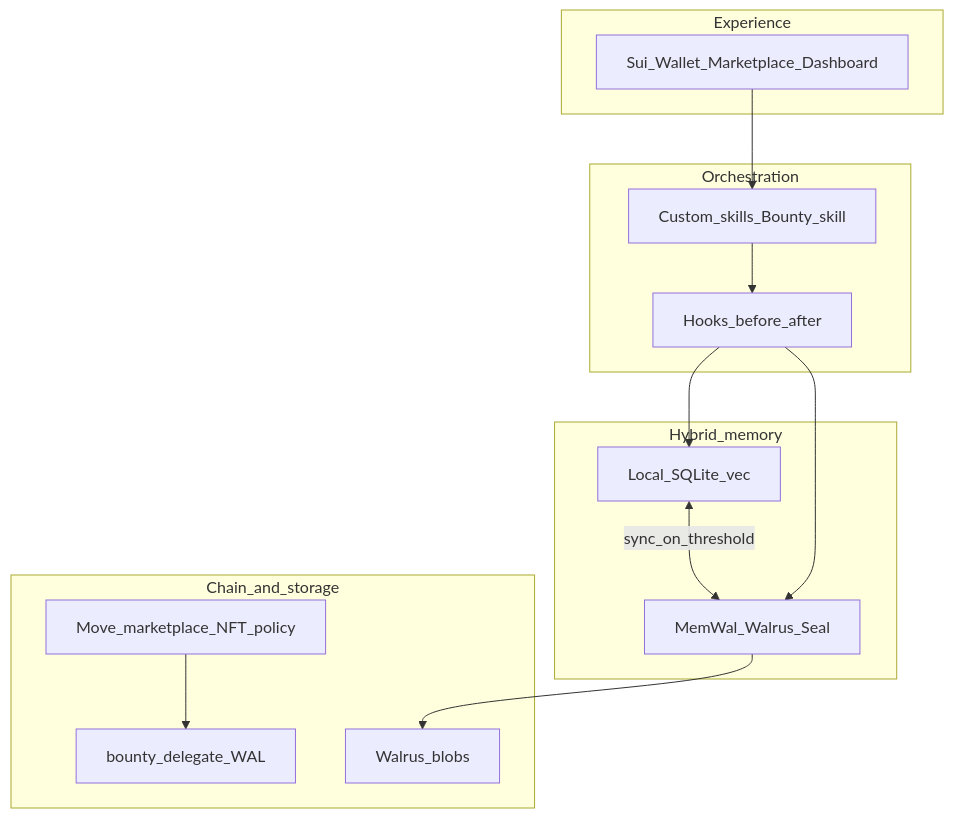
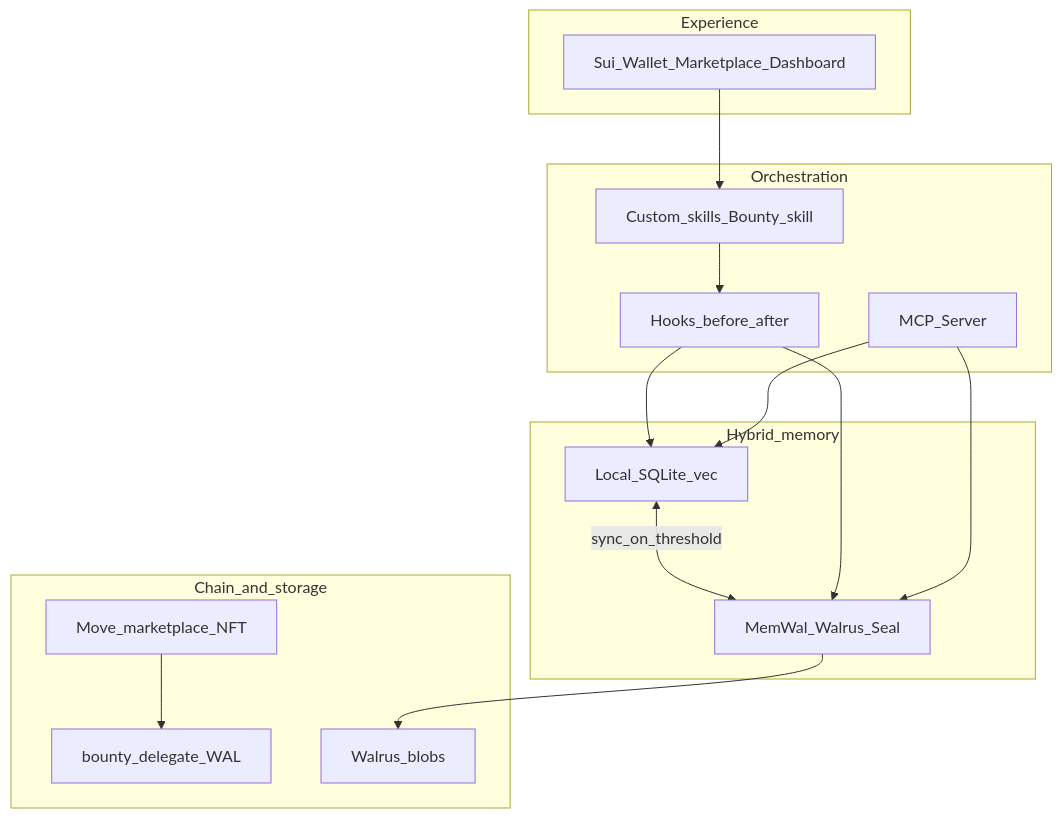
The diagram in README.md (Olympusxvn/memwal-agent-memory), drawn with Mermaid before and after one commit. The commit also changed other lines of this file, not shown here.

````diff
--- a/README.md
+++ b/README.md
@@ -140,26 +211,29 @@
 ```mermaid
 flowchart TB
   subgraph L1 [Experience]
     UI[Sui_Wallet_Marketplace_Dashboard]
   end
   subgraph L2 [Orchestration]
     SK[Custom_skills_Bounty_skill]
     HK[Hooks_before_after]
+    MCP[MCP_Server]
   end
   subgraph L3 [Hybrid_memory]
     LO[Local_SQLite_vec]
     DU[MemWal_Walrus_Seal]
     LO <-->|sync_on_threshold| DU
   end
   subgraph L4 [Chain_and_storage]
-    MV[Move_marketplace_NFT_policy]
+    MV[Move_marketplace_NFT]
     BO[bounty_delegate_WAL]
     W[Walrus_blobs]
   end
   UI --> SK
   SK --> HK
   HK --> LO
   HK --> DU
+  MCP --> LO
+  MCP --> DU
   DU --> W
   MV --> BO
 ```
````
